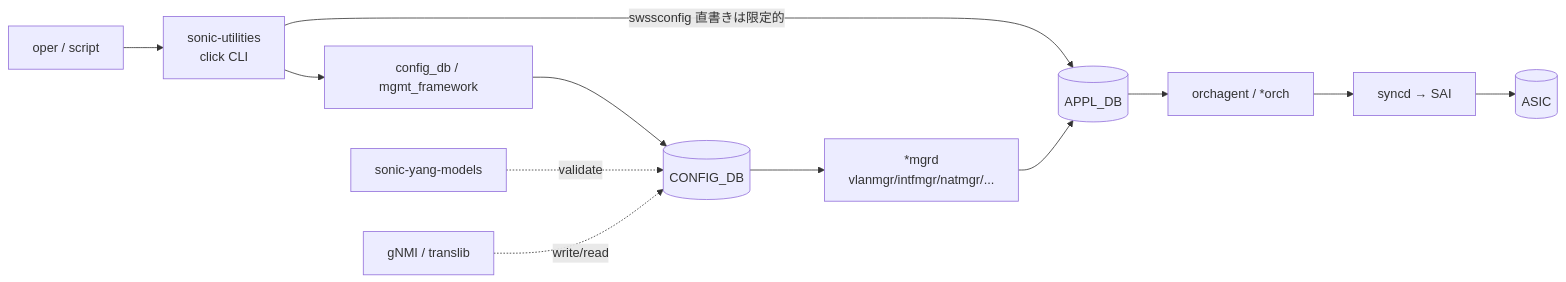
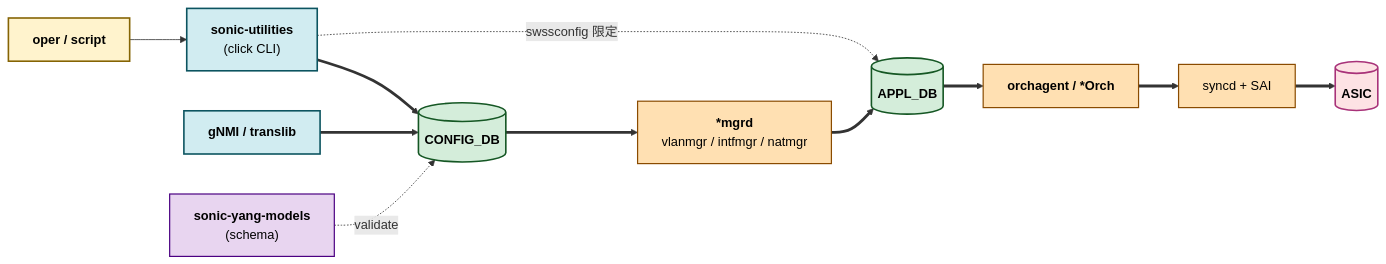
One commit to aoki-taquan/sonic-unofficial-docs changed the diagram in docs/topics/22-reference-index/internals.md. Above: the diagram before and after it, drawn with Mermaid. The commit also changed 5 other files, not shown here.

First line of the commit message:
[quality] Topics 章間 + 個別 mermaid 品質向上

````diff
--- a/docs/topics/22-reference-index/internals.md
+++ b/docs/topics/22-reference-index/internals.md
@@ -15,14 +15,28 @@
 ```mermaid
 flowchart LR
-  USER[oper / script] --> CLICK[sonic-utilities<br/>click CLI]
-  CLICK --> CONFIG[config_db / mgmt_framework]
-  CLICK -->|swssconfig 直書きは限定的| APPL
-  CONFIG --> CFG[(CONFIG_DB)]
-  CFG --> CFGMGR[*mgrd<br/>vlanmgr/intfmgr/natmgr/...]
-  CFGMGR --> APPL[(APPL_DB)]
-  APPL --> ORCH[orchagent / *orch]
-  ORCH --> SAI[syncd → SAI]
-  SAI --> ASIC[(ASIC)]
-  YANG[sonic-yang-models] -.validate.-> CFG
-  GNMI[gNMI / translib] -.write/read.-> CFG
+  USER["<b>oper / script</b>"]:::user
+  CLICK["<b>sonic-utilities</b><br/>(click CLI)"]:::cli
+  GNMI["<b>gNMI / translib</b>"]:::cli
+  YANG["<b>sonic-yang-models</b><br/>(schema)"]:::schema
+
+  CFG[("<b>CONFIG_DB</b>")]:::db
+  APPL[("<b>APPL_DB</b>")]:::db
+  CFGMGR["<b>*mgrd</b><br/>vlanmgr / intfmgr / natmgr"]:::proc
+  ORCH["<b>orchagent / *Orch</b>"]:::proc
+  SAI["syncd + SAI"]:::proc
+  ASIC[("<b>ASIC</b>")]:::hw
+
+  USER --> CLICK
+  CLICK ==> CFG
+  CLICK -. swssconfig 限定 .-> APPL
+  GNMI ==> CFG
+  YANG -. validate .-> CFG
+  CFG ==> CFGMGR ==> APPL ==> ORCH ==> SAI ==> ASIC
+
+  classDef user fill:#fff3cd,stroke:#856404,stroke-width:2px,color:#000;
+  classDef cli fill:#d1ecf1,stroke:#0c5460,stroke-width:2px,color:#000;
+  classDef schema fill:#e8d5f0,stroke:#4b0082,stroke-width:1.5px,color:#000;
+  classDef db fill:#d4edda,stroke:#155724,stroke-width:2px,color:#000;
+  classDef proc fill:#ffe0b2,stroke:#8a4b00,stroke-width:1.5px,color:#000;
+  classDef hw fill:#fde2e4,stroke:#a83279,stroke-width:2px,color:#000;
 ```
````
